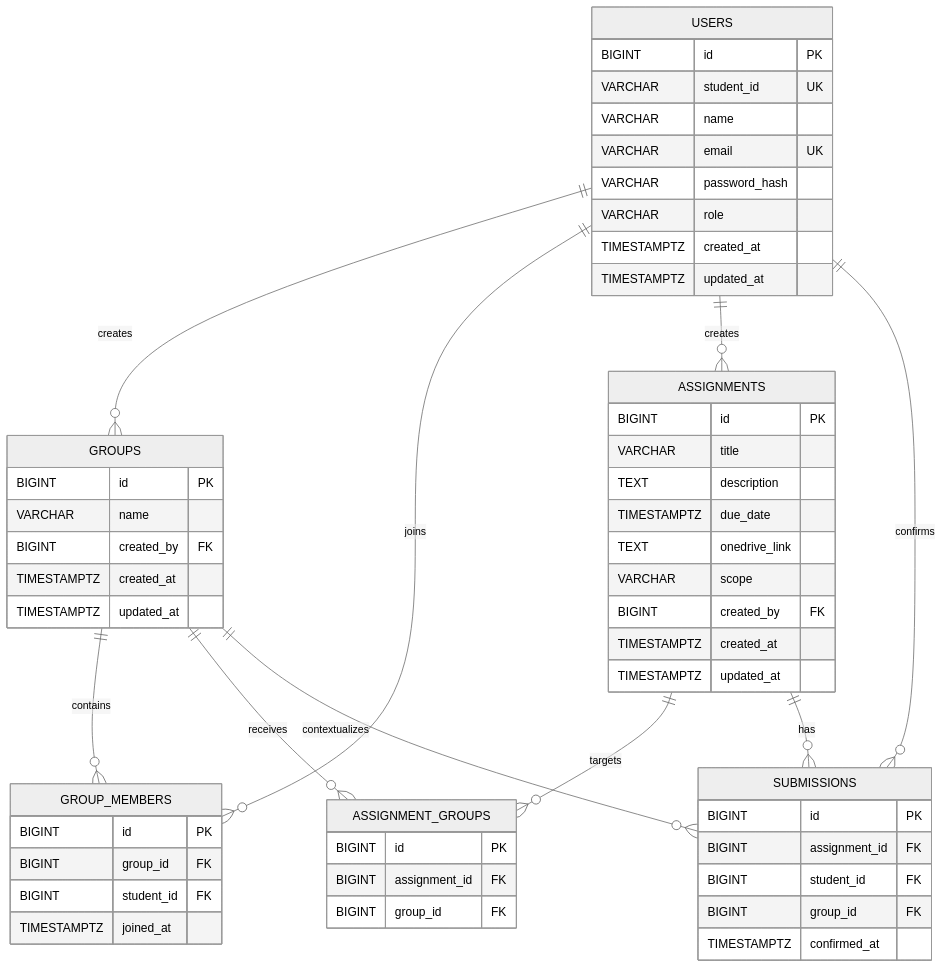
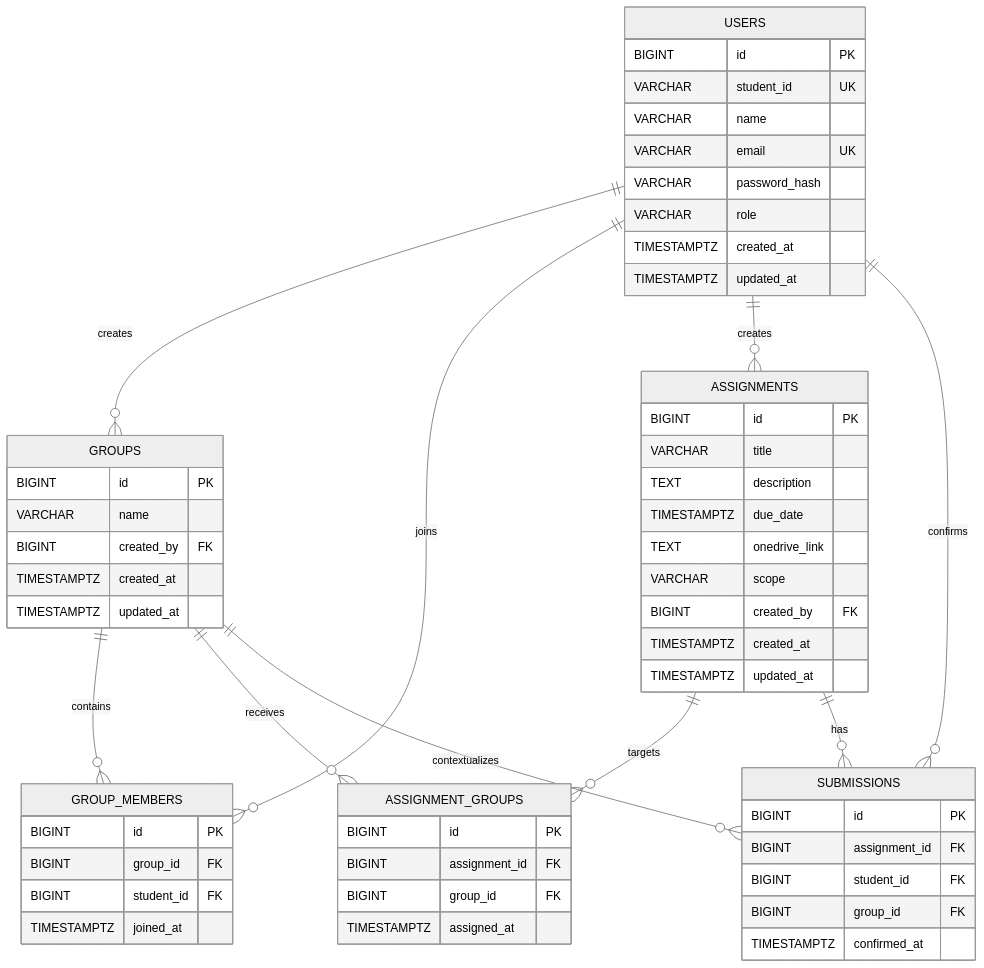
One commit to ribhupramanik/Assignment-Management-System changed the diagram in docs/database.md. Above: the diagram before and after it, drawn with Mermaid (neutral theme). The commit also changed 1 other file, not shown here.

Commit message:
align database documentation and clean starter files

````diff
--- a/docs/database.md
+++ b/docs/database.md
@@ -14,68 +14,69 @@
 ```mermaid
 erDiagram
 
     USERS {
         BIGINT id PK
         VARCHAR student_id UK
         VARCHAR name
         VARCHAR email UK
         VARCHAR password_hash
         VARCHAR role
         TIMESTAMPTZ created_at
         TIMESTAMPTZ updated_at
     }
 
     GROUPS {
         BIGINT id PK
         VARCHAR name
         BIGINT created_by FK
         TIMESTAMPTZ created_at
         TIMESTAMPTZ updated_at
     }
 
     GROUP_MEMBERS {
         BIGINT id PK
         BIGINT group_id FK
         BIGINT student_id FK
         TIMESTAMPTZ joined_at
     }
 
     ASSIGNMENTS {
         BIGINT id PK
         VARCHAR title
         TEXT description
         TIMESTAMPTZ due_date
         TEXT onedrive_link
         VARCHAR scope
         BIGINT created_by FK
         TIMESTAMPTZ created_at
         TIMESTAMPTZ updated_at
     }
 
     ASSIGNMENT_GROUPS {
         BIGINT id PK
         BIGINT assignment_id FK
         BIGINT group_id FK
+        TIMESTAMPTZ assigned_at
     }
 
     SUBMISSIONS {
         BIGINT id PK
         BIGINT assignment_id FK
         BIGINT student_id FK
         BIGINT group_id FK
         TIMESTAMPTZ confirmed_at
     }
 
     USERS ||--o{ GROUPS : creates
     USERS ||--o{ GROUP_MEMBERS : joins
     GROUPS ||--o{ GROUP_MEMBERS : contains
 
     USERS ||--o{ ASSIGNMENTS : creates
 
     ASSIGNMENTS ||--o{ ASSIGNMENT_GROUPS : targets
     GROUPS ||--o{ ASSIGNMENT_GROUPS : receives
 
     ASSIGNMENTS ||--o{ SUBMISSIONS : has
     USERS ||--o{ SUBMISSIONS : confirms
     GROUPS ||--o{ SUBMISSIONS : contextualizes
 ```
````
